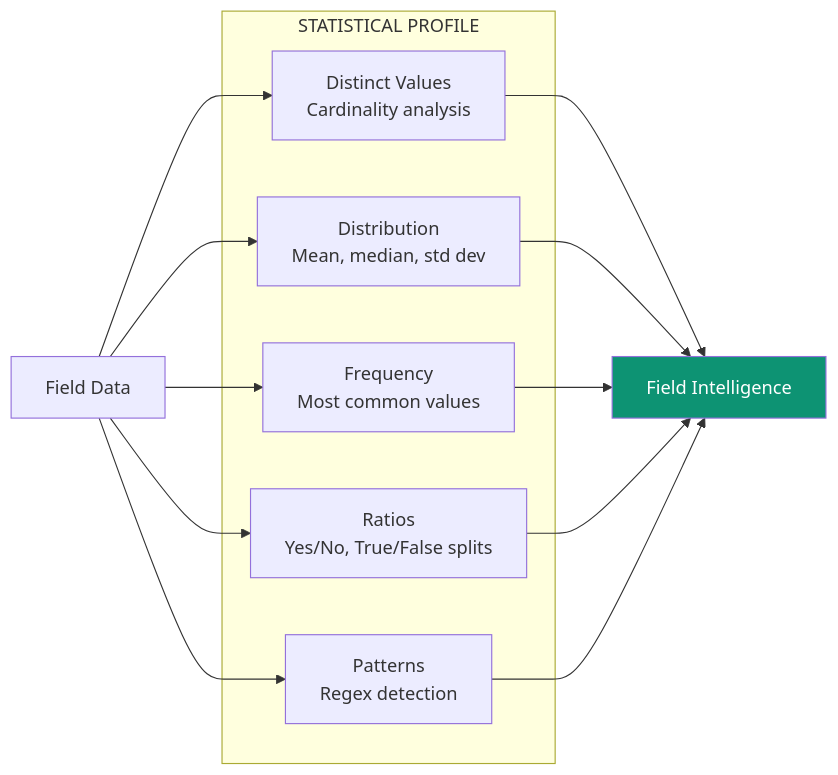
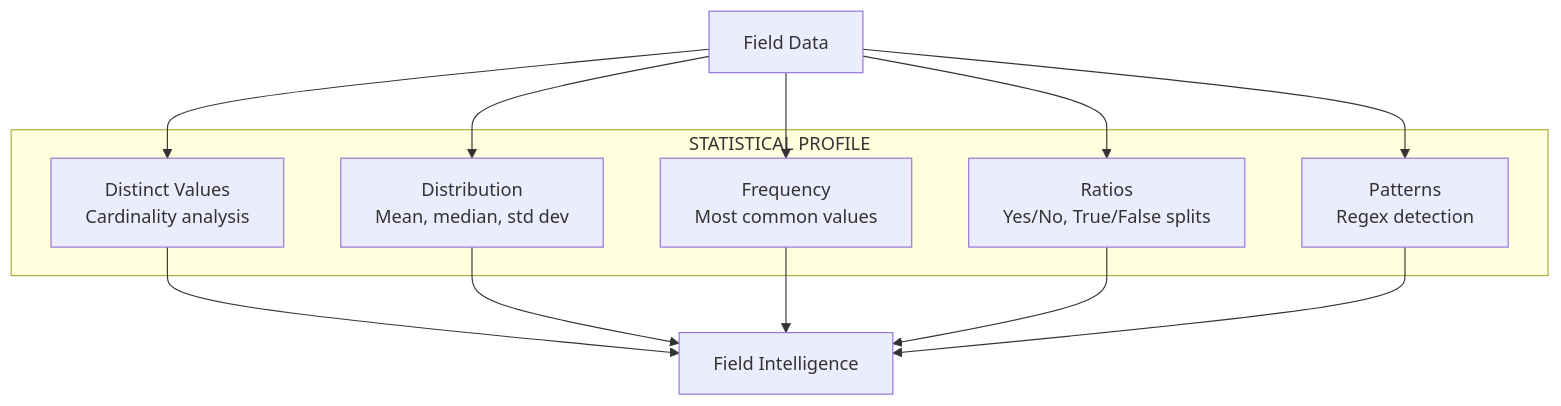
Before and after one commit to ashishsuperatom/tech-docs: the second of 4 diagrams in ip/semantic-modeling.mdx, drawn with Mermaid. The commit also changed other lines of this file and 37 other files, not shown here.

First line of the commit message:
Clean up docs: remove em-dashes, fix mermaid diagrams, remove emojis

````diff
--- a/ip/semantic-modeling.mdx
+++ b/ip/semantic-modeling.mdx
@@ -108,16 +107,15 @@
 ```mermaid
-flowchart LR
+flowchart TD
     subgraph PROFILE["STATISTICAL PROFILE"]
         P1["Distinct Values<br>Cardinality analysis"]
         P2["Distribution<br>Mean, median, std dev"]
         P3["Frequency<br>Most common values"]
         P4["Ratios<br>Yes/No, True/False splits"]
         P5["Patterns<br>Regex detection"]
     end
 
     DATA["Field Data"] --> P1 & P2 & P3 & P4 & P5
 
     P1 & P2 & P3 & P4 & P5 --> INSIGHT["Field Intelligence"]
 
-    style INSIGHT fill:#0D9373,color:#fff
 ```
````
